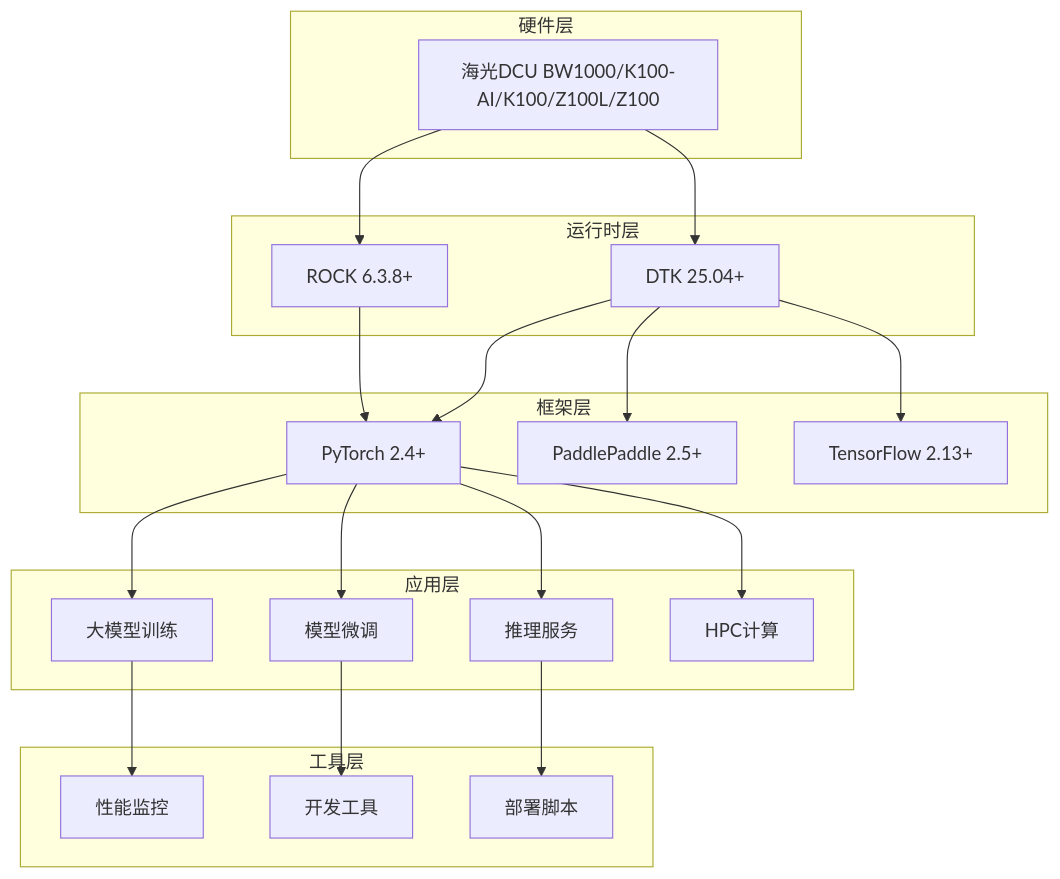
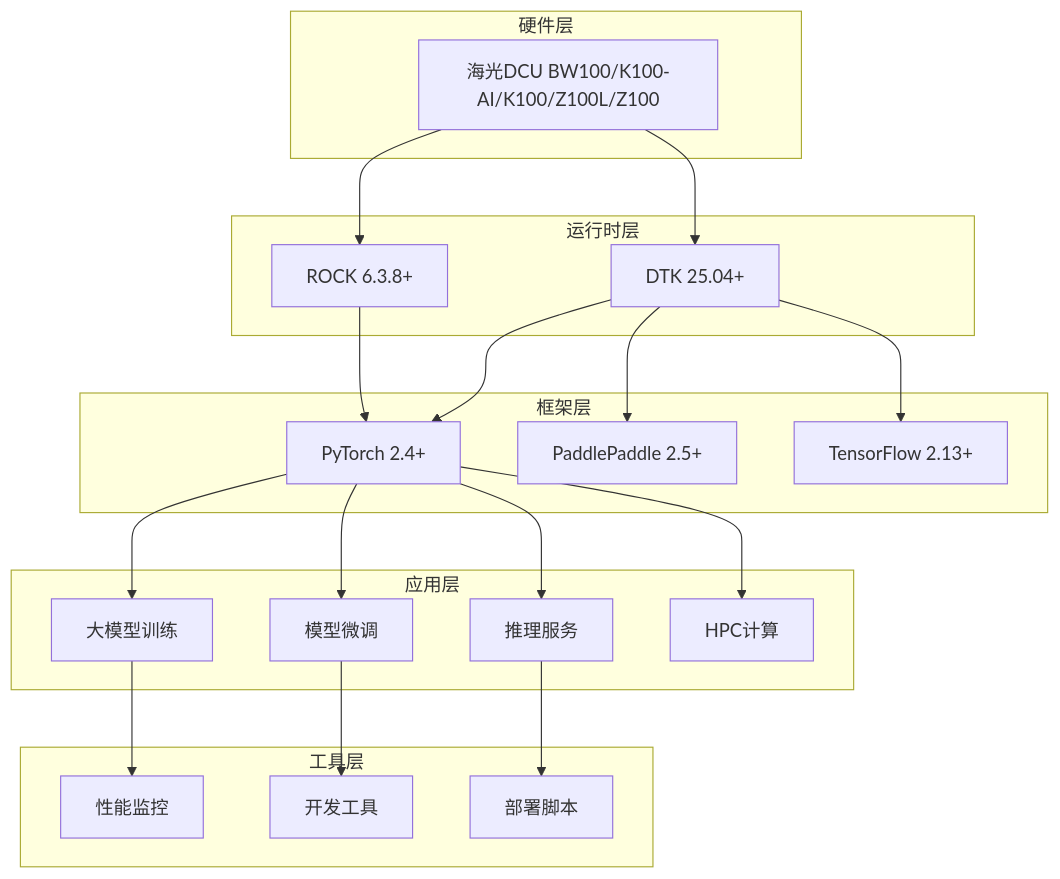
One commit to FlyAIBox/dcu-in-action changed the diagram in README.md. Above: the diagram before and after it, drawn with Mermaid. The commit also changed other lines of this file and 3 other files, not shown here.

````diff
--- a/README.md
+++ b/README.md
@@ -65,44 +70,44 @@
 ```mermaid
 graph TB
     subgraph "硬件层"
-        A[海光DCU BW1000/K100-AI/K100/Z100L/Z100]
+        A[海光DCU BW100/K100-AI/K100/Z100L/Z100]
     end
     
     subgraph "运行时层"
         B[DTK 25.04+]
         C[ROCK 6.3.8+]
     end
     
     subgraph "框架层"
         D[PyTorch 2.4+]
         E[PaddlePaddle 2.5+]
         F[TensorFlow 2.13+]
     end
     
     subgraph "应用层"
         G[大模型训练]
         H[模型微调]
         I[推理服务]
         J[HPC计算]
     end
     
     subgraph "工具层"
         K[性能监控]
         L[开发工具]
         M[部署脚本]
     end
     
     A --> B
     A --> C
     B --> D
     B --> E
     B --> F
     C --> D
     D --> G
     D --> H
     D --> I
     D --> J
     G --> K
     H --> L
     I --> M
 ```
````
